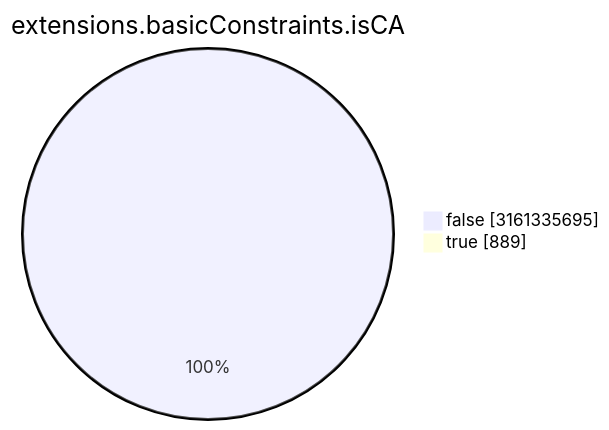
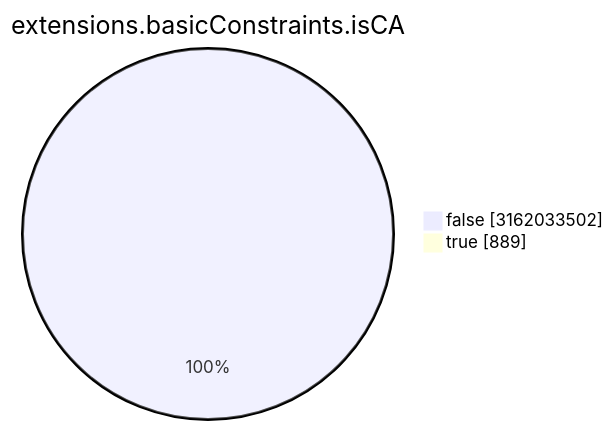
The seventh of 15 diagrams in TOTAL/README.md (christiankrug/ctmonitor_visualization), drawn with Mermaid before and after one commit. The commit also changed other lines of this file, not shown here.

````diff
--- a/TOTAL/README.md
+++ b/TOTAL/README.md
@@ -3088,6 +3088,6 @@
 ```mermaid
 pie showData
 title extensions.basicConstraints.isCA
-"false" :3161335695
+"false" :3162033502
 "true" :889
 ```
````
